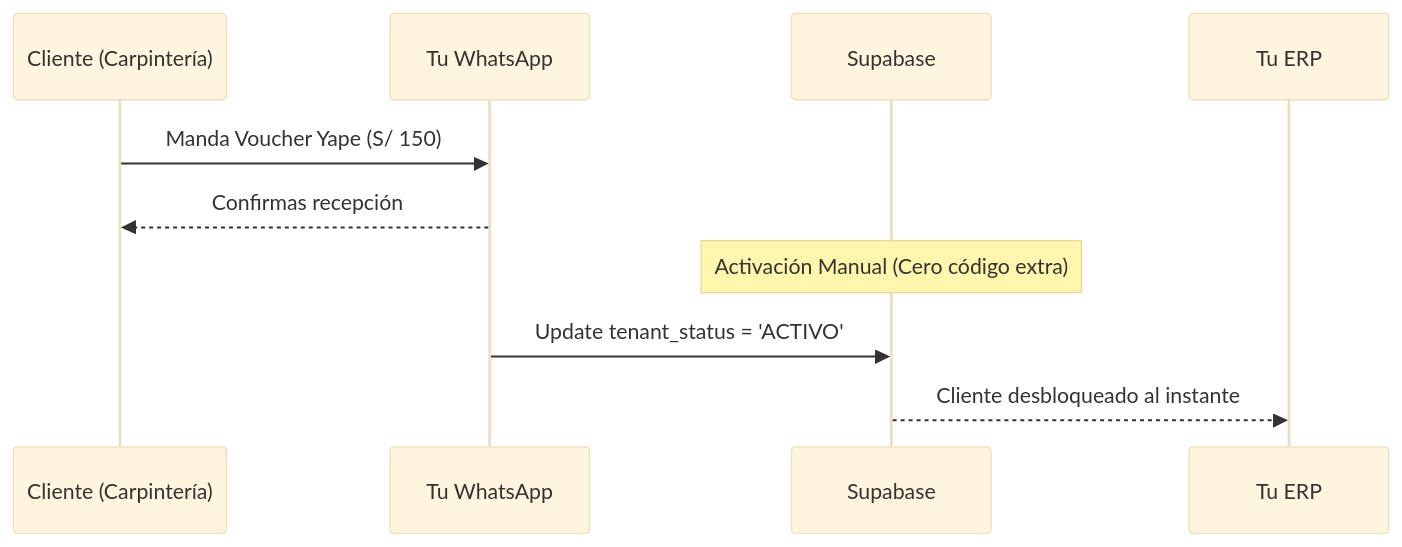
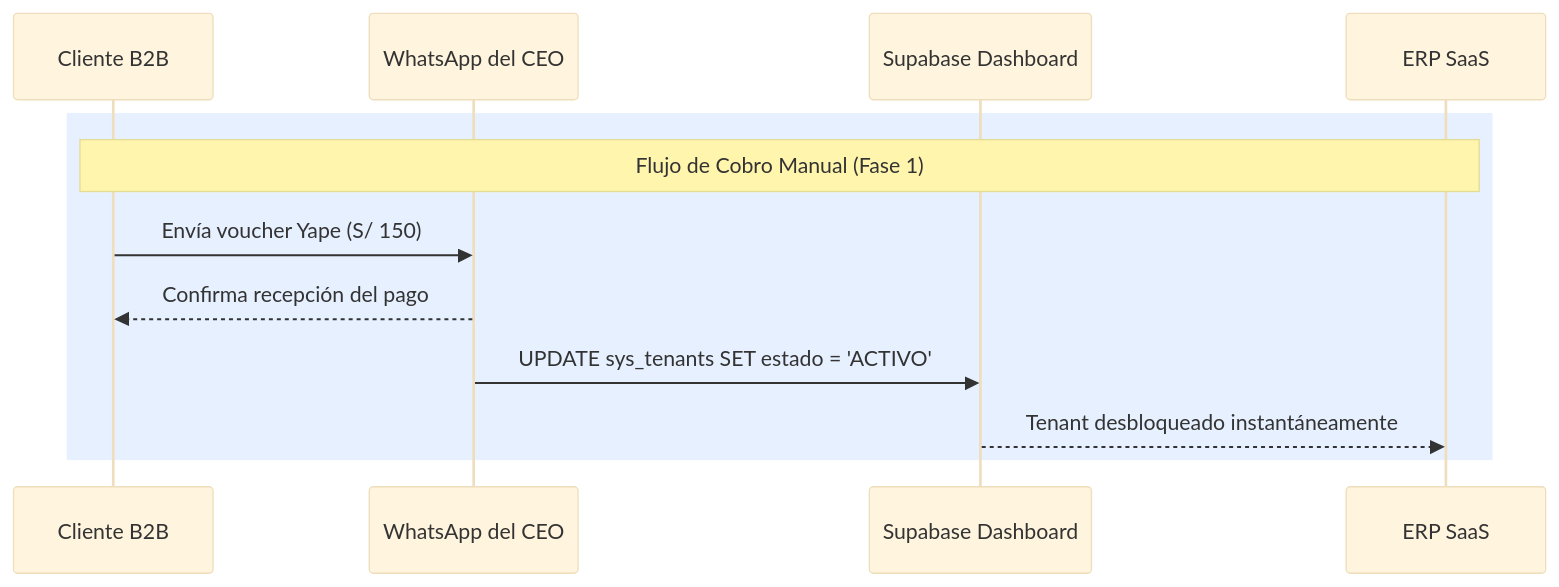
One commit to redentor159/sistema-erp-inventario changed the third of 6 diagrams in docs/17_ANALISIS_NEGOCIO_SAAS.md. Above: the diagram before and after it, drawn with Mermaid (base theme). The commit also changed other lines of this file and 3 other files, not shown here.

Commit message:
docs: refactorizar analisis de negocio y guia de migracion SaaS con diagramas Mermaid y tablas de alta densidad

````diff
--- a/docs/17_ANALISIS_NEGOCIO_SAAS.md
+++ b/docs/17_ANALISIS_NEGOCIO_SAAS.md
@@ -105,13 +128,15 @@
 ```mermaid
 sequenceDiagram
-    participant C as Cliente (Carpintería)
-    participant W as Tu WhatsApp
-    participant BD as Supabase
-    participant ERP as Tu ERP
+    participant C as Cliente B2B
+    participant W as WhatsApp del CEO
+    participant BD as Supabase Dashboard
+    participant ERP as ERP SaaS
 
-    C->>W: Manda Voucher Yape (S/ 150)
-    W-->>C: Confirmas recepción
-    Note over BD: Activación Manual (Cero código extra)
-    W->>BD: Update tenant_status = 'ACTIVO'
-    BD-->>ERP: Cliente desbloqueado al instante
+    rect rgb(230, 240, 255)
+    Note over C, ERP: Flujo de Cobro Manual (Fase 1)
+    C->>W: Envía voucher Yape (S/ 150)
+    W-->>C: Confirma recepción del pago
+    W->>BD: UPDATE sys_tenants SET estado = 'ACTIVO'
+    BD-->>ERP: Tenant desbloqueado instantáneamente
+    end
 ```
````
